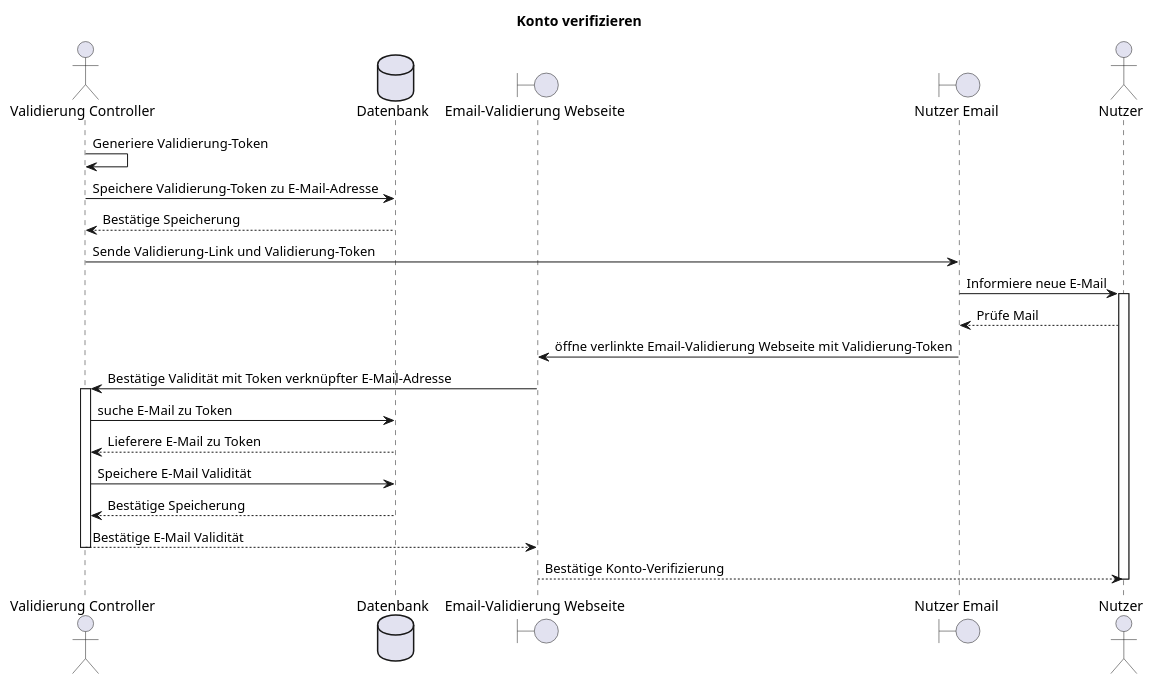
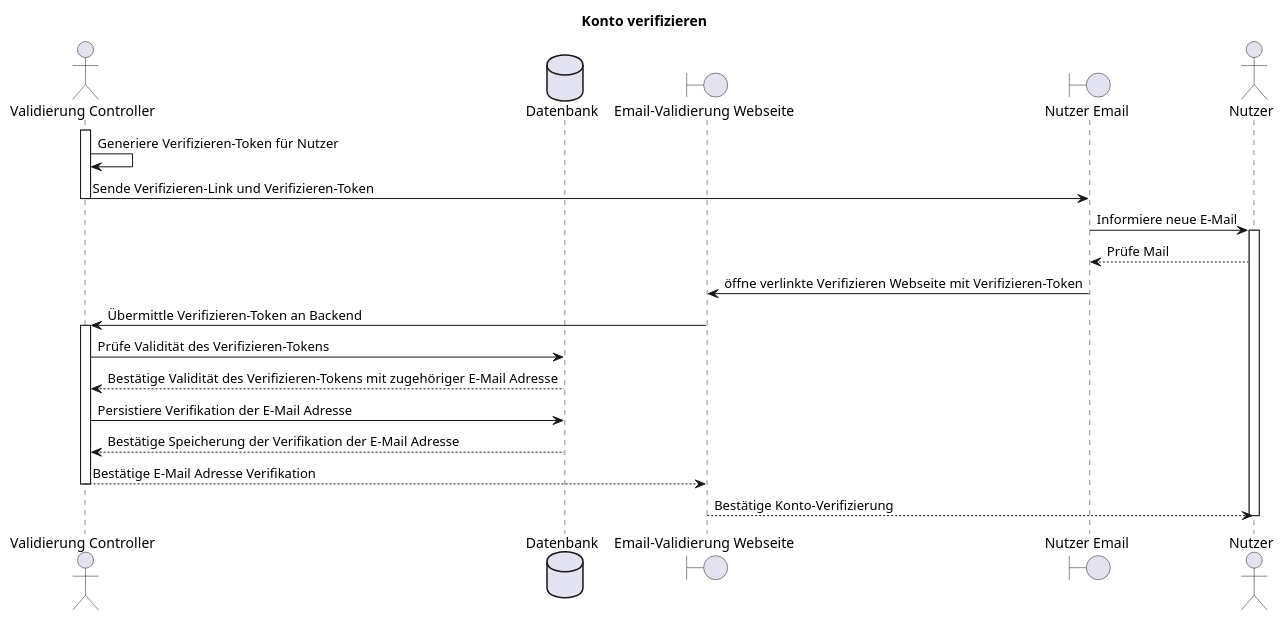
One commit to party-time-2/party-time changed the diagram in docs/F014/F014_kontoVerifizieren_seq.plantuml. Above: the diagram before and after it, drawn with PlantUML. The commit also changed 3 other files, not shown here.

Commit message:
F014 diagrams overhaul

```diff
--- a/docs/F014/F014_kontoVerifizieren_seq.plantuml
+++ b/docs/F014/F014_kontoVerifizieren_seq.plantuml
@@ -1,33 +1,32 @@
-@startuml F014_kontoVerifizieren
+@startuml F014_kontoVerifizieren_seq
 title "Konto verifizieren"
 
 actor "Validierung Controller" as controller
 database "Datenbank" as db
 boundary "Email-Validierung Webseite" as signupConfirm
 boundary "Nutzer Email" as userMail
 actor "Nutzer" as user
 
 
 'E-Mail Validierung
-controller -> controller: Generiere Validierung-Token
-controller -> db: Speichere Validierung-Token zu E-Mail-Adresse
-controller <-- db: Bestätige Speicherung
-userMail <- controller: Sende Validierung-Link und Validierung-Token
+activate controller
+controller -> controller: Generiere Verifizieren-Token für Nutzer
+userMail <- controller: Sende Verifizieren-Link und Verifizieren-Token
 deactivate controller
 
 userMail -> user: Informiere neue E-Mail
 activate user
 userMail <-- user: Prüfe Mail
-userMail -> signupConfirm: öffne verlinkte Email-Validierung Webseite mit Validierung-Token
-signupConfirm -> controller: Bestätige Validität mit Token verknüpfter E-Mail-Adresse
+userMail -> signupConfirm: öffne verlinkte Verifizieren Webseite mit Verifizieren-Token
+signupConfirm -> controller: Übermittle Verifizieren-Token an Backend
 activate controller
-controller -> db: suche E-Mail zu Token
-controller <-- db: Lieferere E-Mail zu Token
-controller -> db: Speichere E-Mail Validität
-controller <-- db: Bestätige Speicherung
-signupConfirm <-- controller: Bestätige E-Mail Validität
+controller -> db: Prüfe Validität des Verifizieren-Tokens
+controller <-- db: Bestätige Validität des Verifizieren-Tokens mit zugehöriger E-Mail Adresse
+controller -> db: Persistiere Verifikation der E-Mail Adresse
+controller <-- db: Bestätige Speicherung der Verifikation der E-Mail Adresse
+signupConfirm <-- controller: Bestätige E-Mail Adresse Verifikation
 deactivate controller
 
 user <-- signupConfirm: Bestätige Konto-Verifizierung
 deactivate user
 @enduml
```
